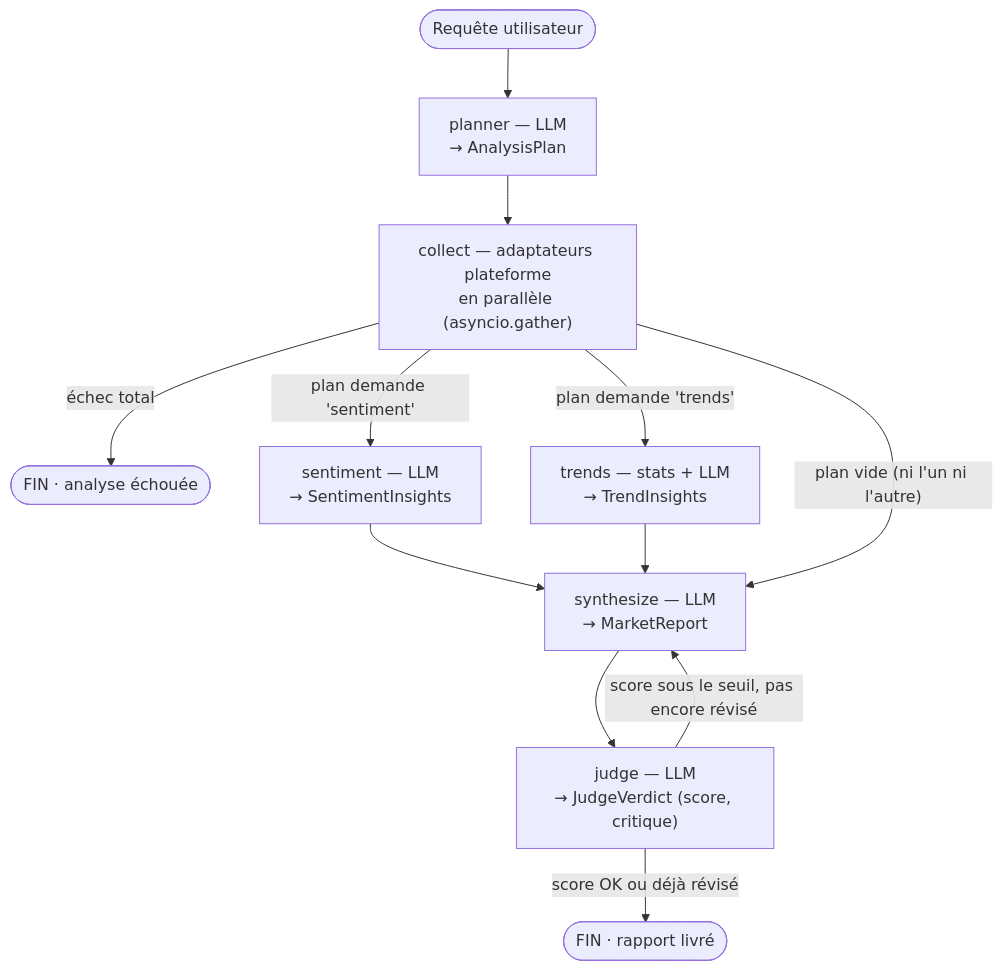
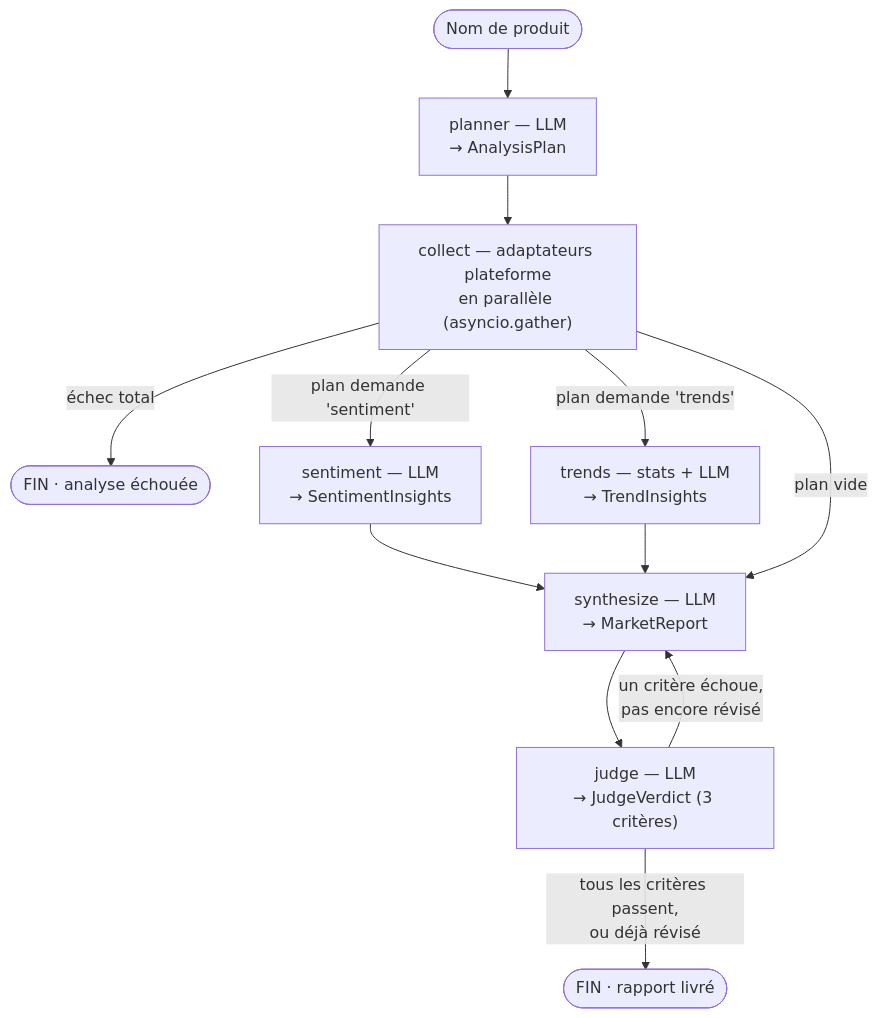
Before and after one commit to NicoHirab/market-analysis-agent: the diagram in README.md, drawn with Mermaid. The commit also changed other lines of this file, not shown here.

````diff
--- a/README.md
+++ b/README.md
@@ -42,14 +42,14 @@
 ```mermaid
 flowchart TD
-    START(["Requête utilisateur"]) --> PLANNER["planner — LLM<br/>→ AnalysisPlan"]
+    START(["Nom de produit"]) --> PLANNER["planner — LLM<br/>→ AnalysisPlan"]
     PLANNER --> COLLECT["collect — adaptateurs plateforme<br/>en parallèle (asyncio.gather)"]
     COLLECT -->|"échec total"| KO(["FIN · analyse échouée"])
     COLLECT -->|"plan demande 'sentiment'"| SENTIMENT["sentiment — LLM<br/>→ SentimentInsights"]
     COLLECT -->|"plan demande 'trends'"| TRENDS["trends — stats + LLM<br/>→ TrendInsights"]
     SENTIMENT --> SYNTH["synthesize — LLM<br/>→ MarketReport"]
     TRENDS --> SYNTH
-    COLLECT -->|"plan vide (ni l'un ni l'autre)"| SYNTH
-    SYNTH --> JUDGE["judge — LLM<br/>→ JudgeVerdict (score, critique)"]
-    JUDGE -->|"score sous le seuil, pas encore révisé"| SYNTH
-    JUDGE -->|"score OK ou déjà révisé"| OK(["FIN · rapport livré"])
+    COLLECT -->|"plan vide"| SYNTH
+    SYNTH --> JUDGE["judge — LLM<br/>→ JudgeVerdict (3 critères)"]
+    JUDGE -->|"un critère échoue,<br/>pas encore révisé"| SYNTH
+    JUDGE -->|"tous les critères passent,<br/>ou déjà révisé"| OK(["FIN · rapport livré"])
 ```
````
